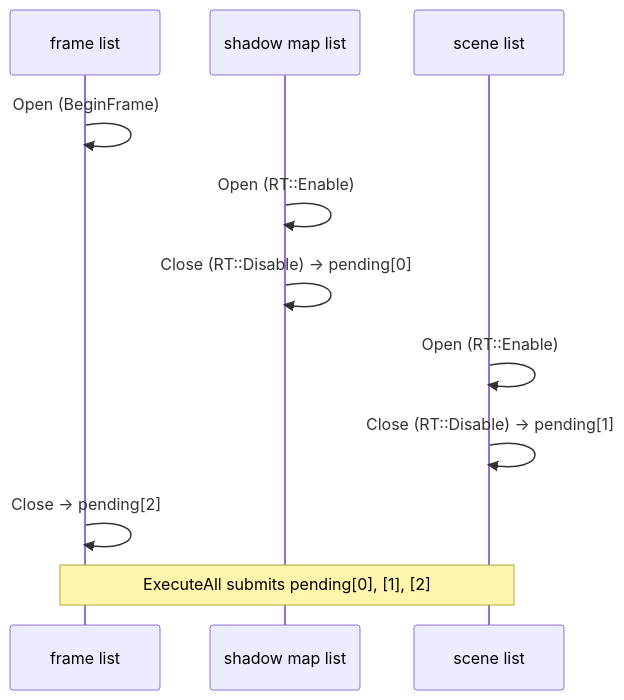
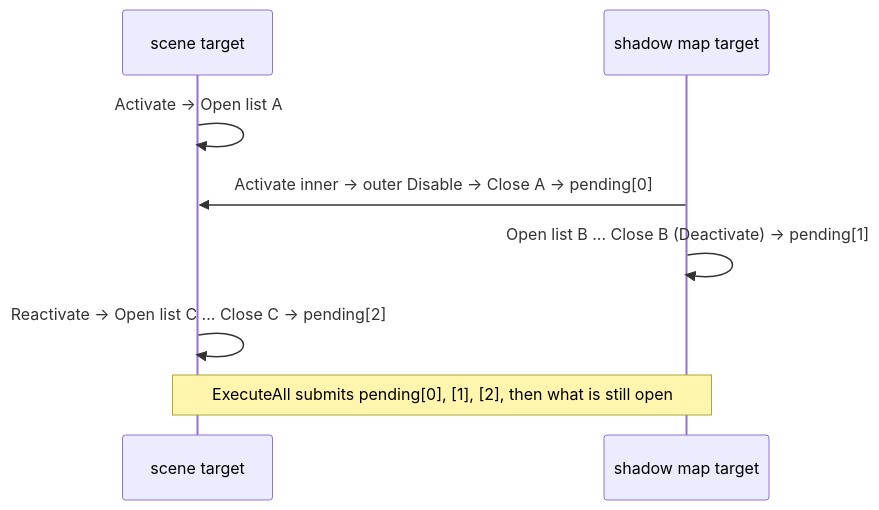
Before and after one commit to DietfridMali/CustomLibs: the first of 2 diagrams in rendertools/documentation/04-command-lists.md, drawn with Mermaid. The commit also changed other lines of this file and 10 other files, not shown here.

````diff
--- a/rendertools/documentation/04-command-lists.md
+++ b/rendertools/documentation/04-command-lists.md
@@ -27,13 +31,10 @@
 ```mermaid
 sequenceDiagram
-    participant Frame as frame list
-    participant Inner as shadow map list
-    participant Outer as scene list
-    Frame->>Frame: Open (BeginFrame)
-    Inner->>Inner: Open (RT::Enable)
-    Inner->>Inner: Close (RT::Disable) -> pending[0]
-    Outer->>Outer: Open (RT::Enable)
-    Outer->>Outer: Close (RT::Disable) -> pending[1]
-    Frame->>Frame: Close -> pending[2]
-    Note over Frame,Outer: ExecuteAll submits pending[0], [1], [2]
+    participant Outer as scene target
+    participant Inner as shadow map target
+    Outer->>Outer: Activate -> Open list A
+    Inner->>Outer: Activate inner -> outer Disable -> Close A -> pending[0]
+    Inner->>Inner: Open list B ... Close B (Deactivate) -> pending[1]
+    Outer->>Outer: Reactivate -> Open list C ... Close C -> pending[2]
+    Note over Outer,Inner: ExecuteAll submits pending[0], [1], [2], then what is still open
 ```
````
